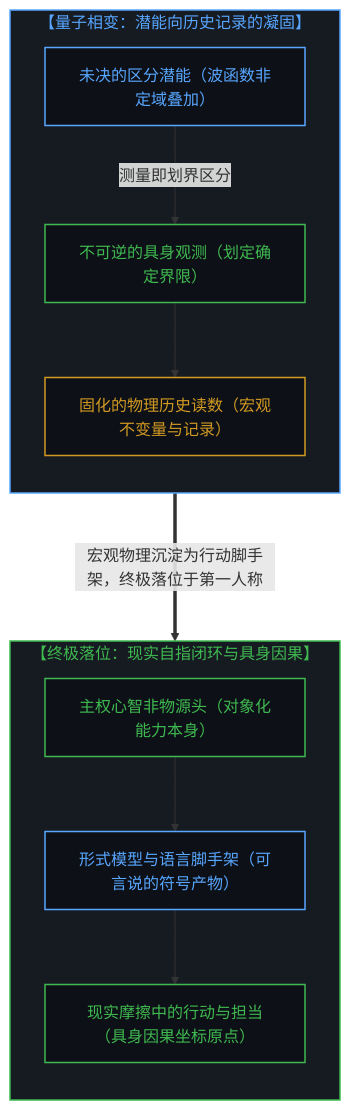
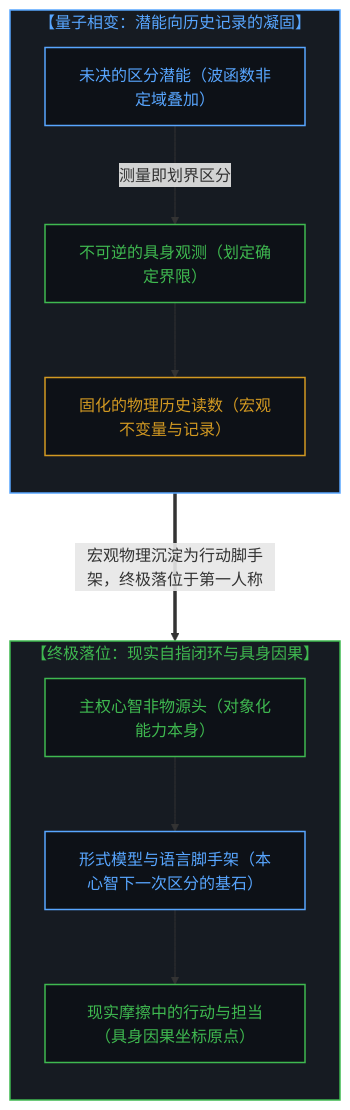
The ninth of 10 diagrams in content/posts/all-that-can-be-spoken-is-the-product-of-the-unspeakable.md (powerpig99/not-a-toe), drawn with Mermaid before and after one commit. The commit also changed other lines of this file, not shown here.

````diff
--- a/content/posts/all-that-can-be-spoken-is-the-product-of-the-unspeakable.md
+++ b/content/posts/all-that-can-be-spoken-is-the-product-of-the-unspeakable.md
@@ -325,29 +325,29 @@
 ```mermaid
 graph TD
     classDef default fill:#0d1117,stroke:#30363d,stroke-width:1px,color:#f0f6fc;
     classDef mind fill:#0d1117,stroke:#3fb950,stroke-width:1.5px,color:#3fb950;
     classDef failure fill:#0d1117,stroke:#f85149,stroke-width:1.5px,color:#f85149;
     classDef scaffold fill:#0d1117,stroke:#d29922,stroke-width:1.5px,color:#d29922;
     classDef model fill:#0d1117,stroke:#58a6ff,stroke-width:1.5px,color:#58a6ff;
 
     subgraph S_QuantumPhase ["【量子相变：潜能向历史记录的凝固】"]
         direction TB
         Q1["未决的区分潜能（波函数非定域叠加）"]:::model
         Q2["不可逆的具身观测（划定确定界限）"]:::mind
         Q3["固化的物理历史读数（宏观不变量与记录）"]:::scaffold
         Q1 -->|"测量即划界区分"| Q2 --> Q3
     end
 
     subgraph S_EmbodiedCausality ["【终极落位：现实自指闭环与具身因果】"]
         direction TB
         C1["主权心智非物源头（对象化能力本身）"]:::mind
-        C2["形式模型与语言脚手架（可言说的符号产物）"]:::model
+        C2["形式模型与语言脚手架（本心智下一次区分的基石）"]:::model
         C3["现实摩擦中的行动与担当（具身因果坐标原点）"]:::mind
         C1 --> C2 --> C3
     end
 
     Q3 ===>|"宏观物理沉淀为行动脚手架，终极落位于第一人称"| C1
 
     style S_QuantumPhase fill:#161b22,stroke:#58a6ff,stroke-width:1.5px,color:#58a6ff
     style S_EmbodiedCausality fill:#161b22,stroke:#3fb950,stroke-width:1.5px,color:#3fb950
 ```
````
